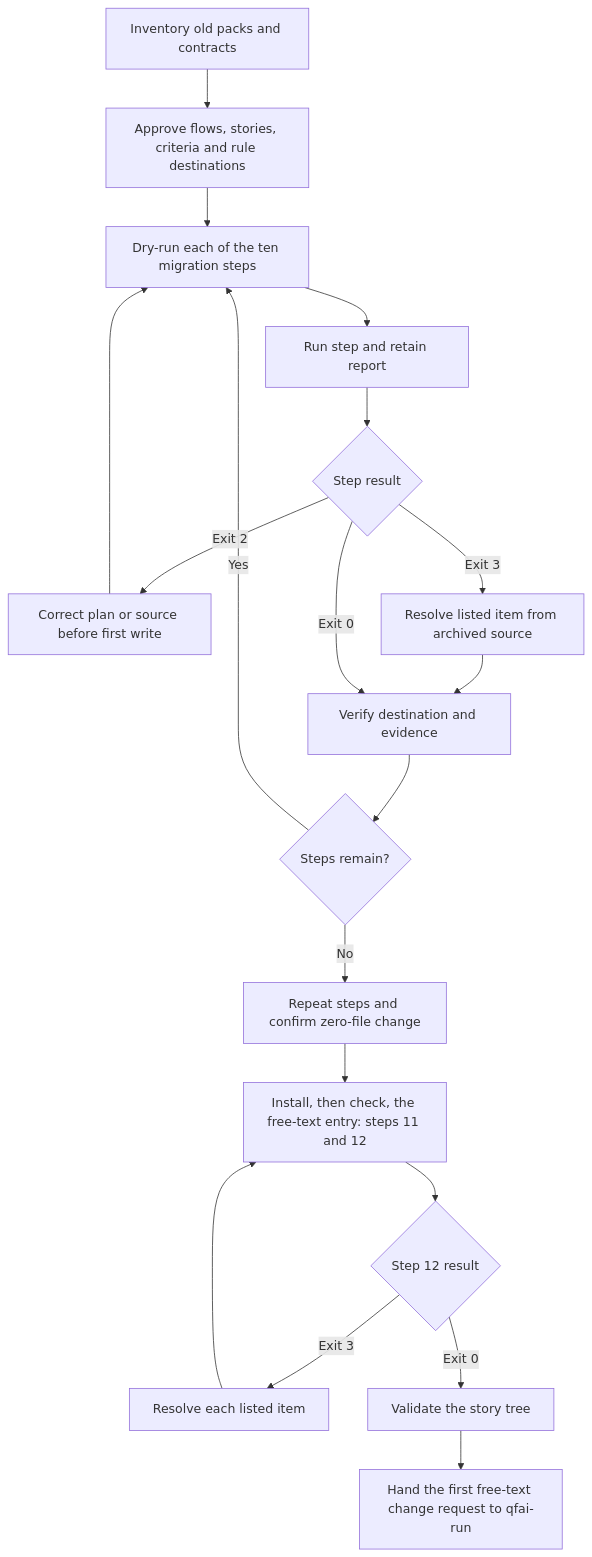
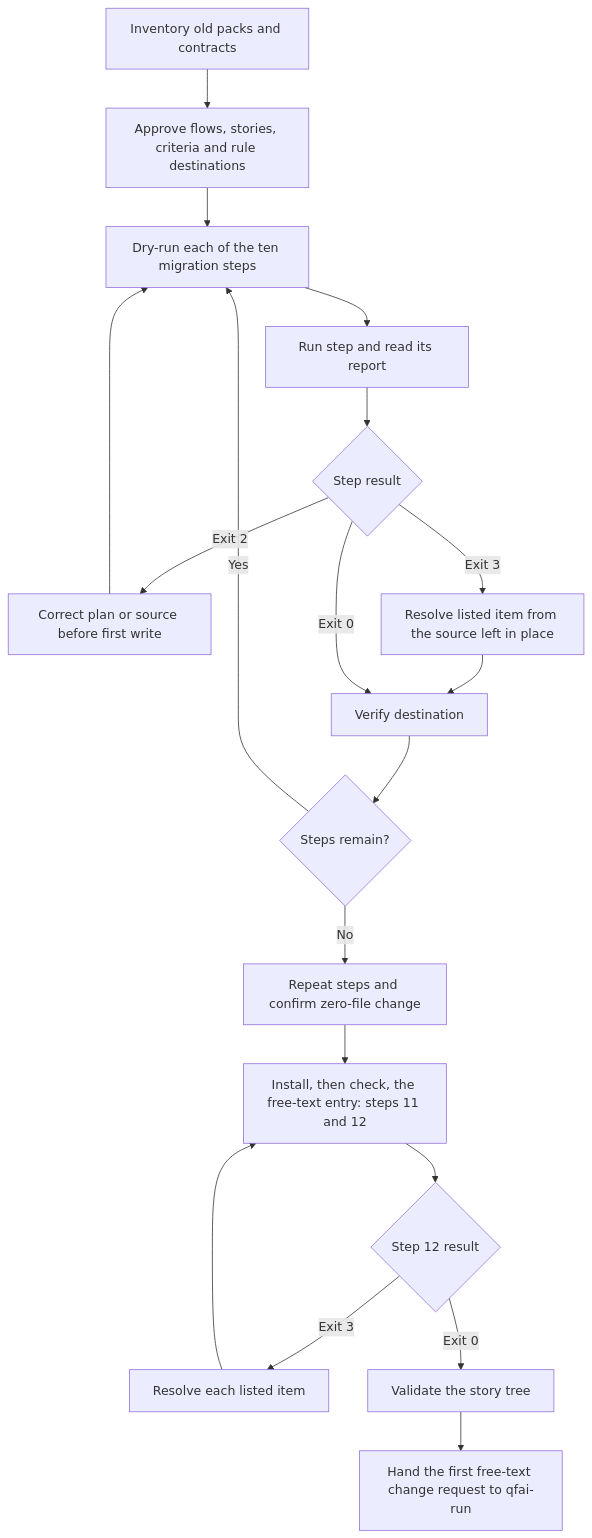
The diagram in .qfai/spec/02_business-flow/business-flow-0004/business-flow.md (aganesy/QFAI), drawn with Mermaid before and after one commit. The commit also changed other lines of this file and 63 other files, not shown here.

````diff
--- a/.qfai/spec/02_business-flow/business-flow-0004/business-flow.md
+++ b/.qfai/spec/02_business-flow/business-flow-0004/business-flow.md
@@ -11,21 +12,21 @@
 ```mermaid
 flowchart TD
   Inventory[Inventory old packs and contracts] --> Plan[Approve flows, stories, criteria and rule destinations]
   Plan --> Dry[Dry-run each of the ten migration steps]
-  Dry --> Apply[Run step and retain report]
+  Dry --> Apply[Run step and read its report]
   Apply --> Check{Step result}
   Check -->|Exit 2| Correct[Correct plan or source before first write]
   Correct --> Dry
-  Check -->|Exit 3| Person[Resolve listed item from archived source]
-  Person --> Verify[Verify destination and evidence]
+  Check -->|Exit 3| Person[Resolve listed item from the source left in place]
+  Person --> Verify[Verify destination]
   Check -->|Exit 0| Verify
   Verify --> More{Steps remain?}
   More -->|Yes| Dry
   More -->|No| Recheck[Repeat steps and confirm zero-file change]
   Recheck --> Entry[Install, then check, the free-text entry: steps 11 and 12]
   Entry --> EntryCheck{Step 12 result}
   EntryCheck -->|Exit 3| Resolve[Resolve each listed item]
   Resolve --> Entry
   EntryCheck -->|Exit 0| Validate[Validate the story tree]
   Validate --> Handover[Hand the first free-text change request to qfai-run]
 ```
````
